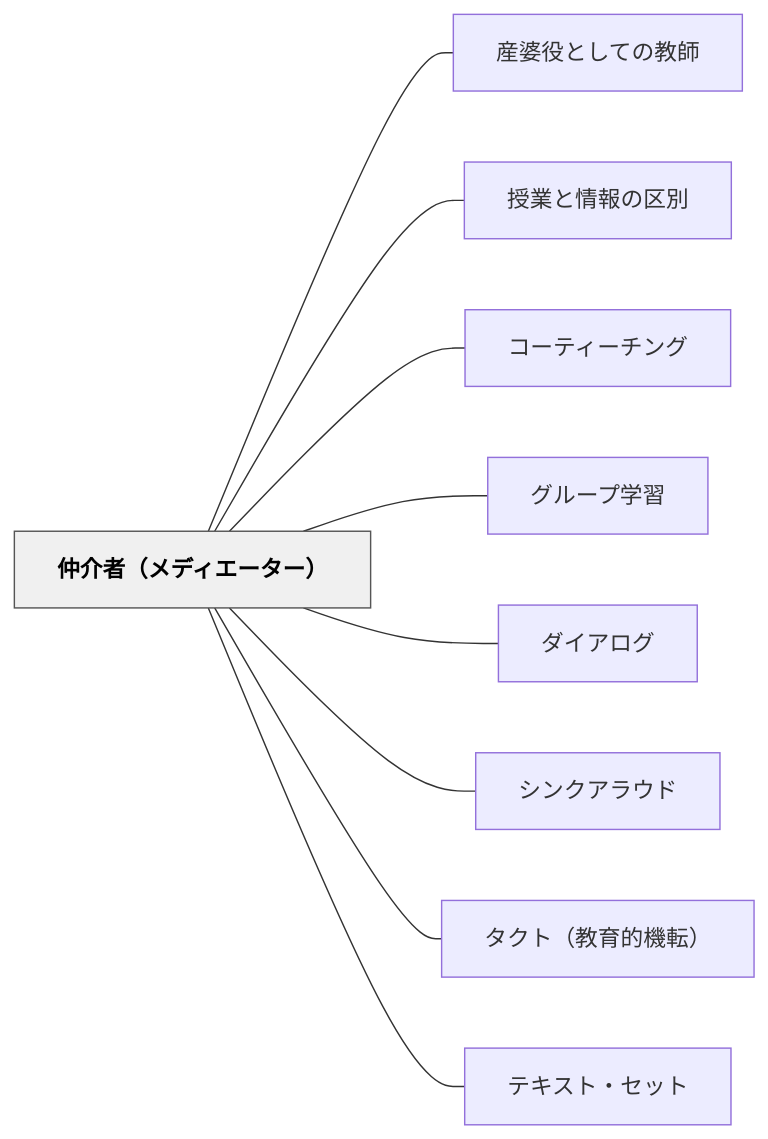
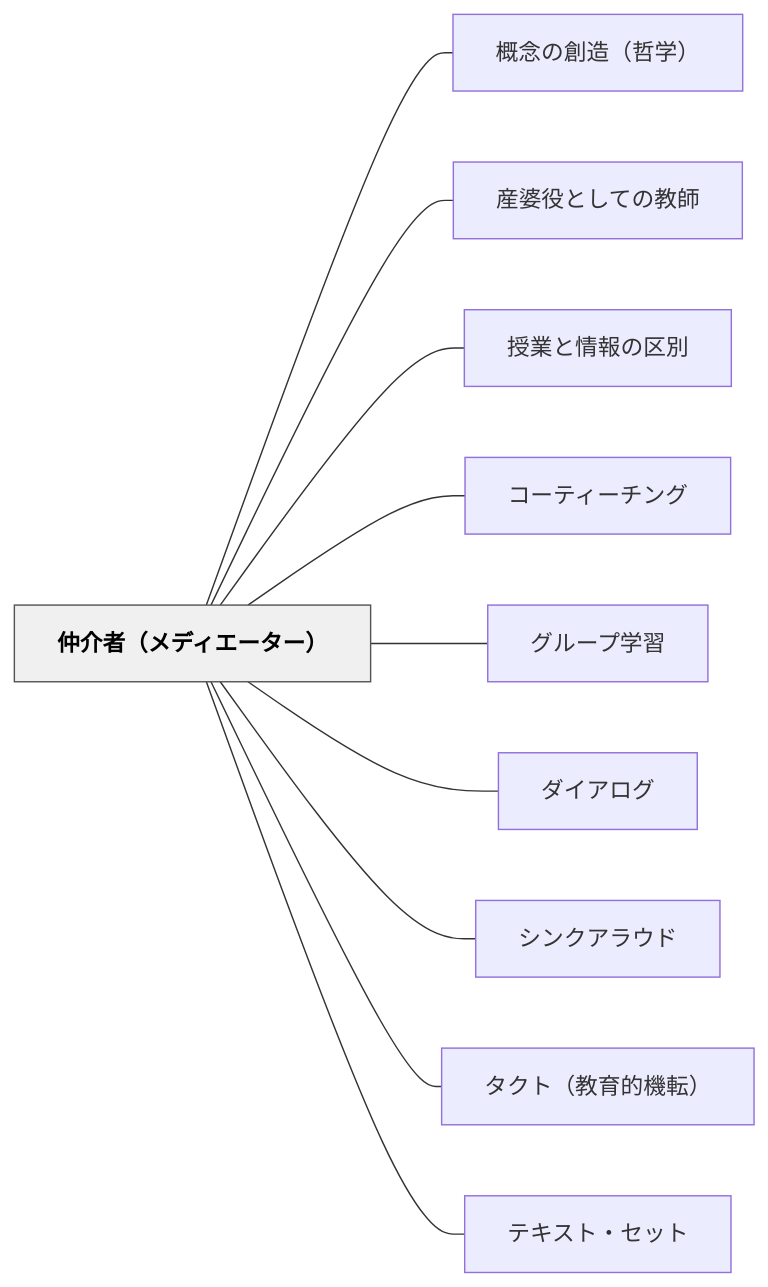
The diagram in content/パタン/仲介者（メディエーター）.md (unknownthings-ed-patterns/unknownthings-ed-patterns), drawn with Mermaid before and after one commit. The commit also changed other lines of this file and 185 other files, not shown here.

````diff
--- a/content/パタン/仲介者（メディエーター）.md
+++ b/content/パタン/仲介者（メディエーター）.md
@@ -136,24 +137,26 @@
 ```mermaid
 flowchart LR
     ne4bbb2e4bb8be88085efbc88e383a1e38387e382a3e382a8e383bce382bfe383bcefbc89["仲介者（メディエーター）"]
+    ne6a682e5bfb5e381aee589b5e980a0efbc88e593b2e5ada6efbc89["概念の創造（哲学）"]
     ne794a3e5a986e5bdb9e381a8e38197e381a6e381aee69599e5b8ab["産婆役としての教師"]
     ne68e88e6a5ade381a8e68385e5a0b1e381aee58cbae588a5["授業と情報の区別"]
     ne382b3e383bce38386e382a3e383bce38381e383b3e382b0["コーティーチング"]
     ne382b0e383abe383bce38397e5ada6e7bf92["グループ学習"]
     ne38380e382a4e382a2e383ade382b0["ダイアログ"]
     ne382b7e383b3e382afe382a2e383a9e382a6e38389["シンクアラウド"]
     ne382bfe382afe38388efbc88e69599e882b2e79a84e6a99fe8bba2efbc89["タクト（教育的機転）"]
     ne38386e382ade382b9e38388e383bbe382bbe38383e38388["テキスト・セット"]
 
+    ne4bbb2e4bb8be88085efbc88e383a1e38387e382a3e382a8e383bce382bfe383bcefbc89 --- ne6a682e5bfb5e381aee589b5e980a0efbc88e593b2e5ada6efbc89
     ne4bbb2e4bb8be88085efbc88e383a1e38387e382a3e382a8e383bce382bfe383bcefbc89 --- ne794a3e5a986e5bdb9e381a8e38197e381a6e381aee69599e5b8ab
     ne4bbb2e4bb8be88085efbc88e383a1e38387e382a3e382a8e383bce382bfe383bcefbc89 --- ne68e88e6a5ade381a8e68385e5a0b1e381aee58cbae588a5
     ne4bbb2e4bb8be88085efbc88e383a1e38387e382a3e382a8e383bce382bfe383bcefbc89 --- ne382b3e383bce38386e382a3e383bce38381e383b3e382b0
     ne4bbb2e4bb8be88085efbc88e383a1e38387e382a3e382a8e383bce382bfe383bcefbc89 --- ne382b0e383abe383bce38397e5ada6e7bf92
     ne4bbb2e4bb8be88085efbc88e383a1e38387e382a3e382a8e383bce382bfe383bcefbc89 --- ne38380e382a4e382a2e383ade382b0
     ne4bbb2e4bb8be88085efbc88e383a1e38387e382a3e382a8e383bce382bfe383bcefbc89 --- ne382b7e383b3e382afe382a2e383a9e382a6e38389
     ne4bbb2e4bb8be88085efbc88e383a1e38387e382a3e382a8e383bce382bfe383bcefbc89 --- ne382bfe382afe38388efbc88e69599e882b2e79a84e6a99fe8bba2efbc89
     ne4bbb2e4bb8be88085efbc88e383a1e38387e382a3e382a8e383bce382bfe383bcefbc89 --- ne38386e382ade382b9e38388e383bbe382bbe38383e38388
 
     classDef hub fill:#f0f0f0,stroke:#555,color:#000,font-weight:bold
     class ne4bbb2e4bb8be88085efbc88e383a1e38387e382a3e382a8e383bce382bfe383bcefbc89 hub
 ```
````
